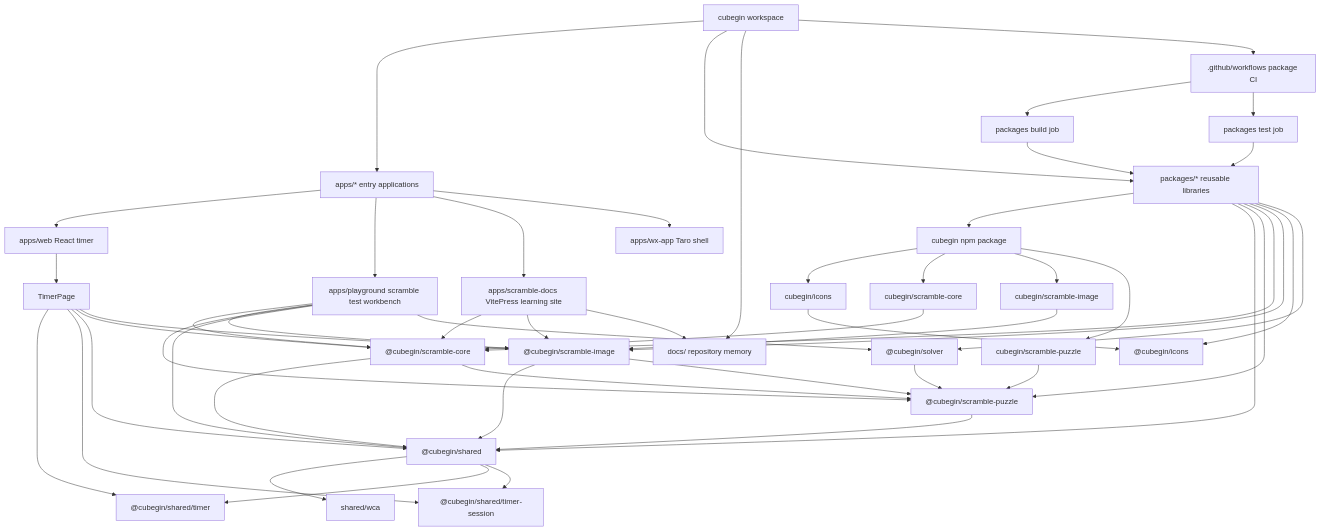
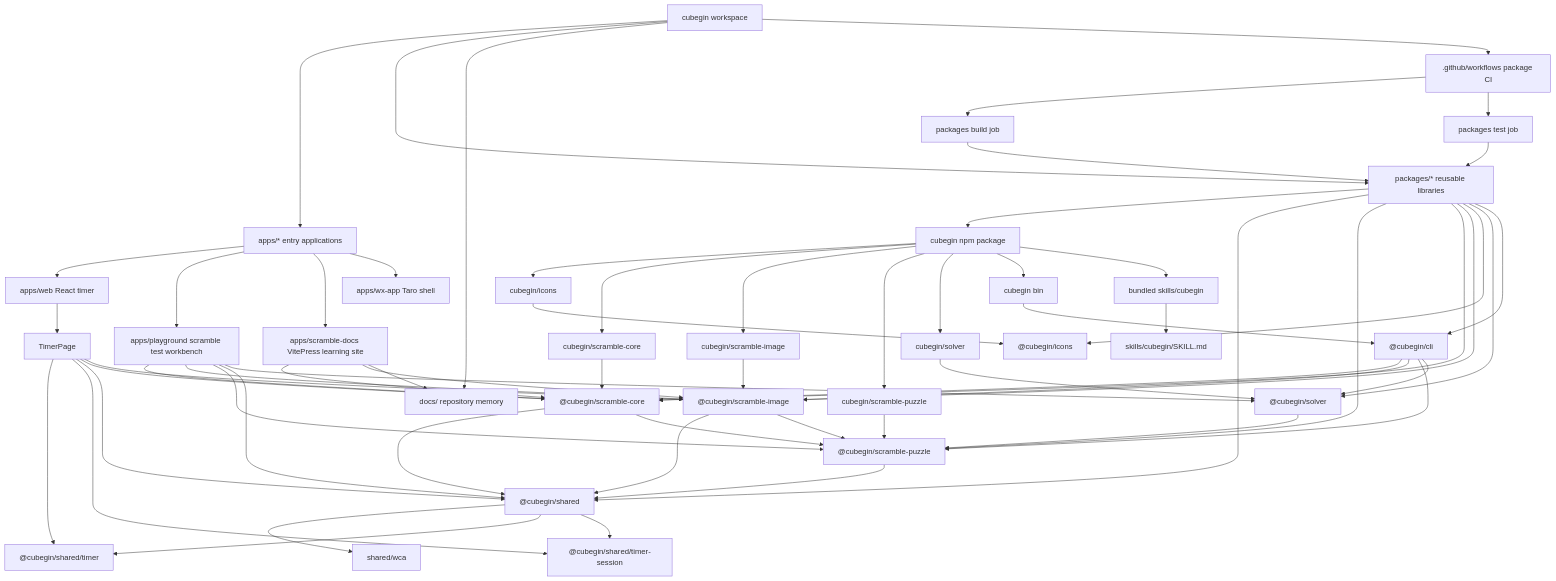
One commit to deweyou/cube-kit changed the diagram in docs/project-structure.md. Above: the diagram before and after it, drawn with Mermaid. The commit also changed other lines of this file and 28 other files, not shown here.

Commit message:
feat(cli): add cubegin agent-friendly cli

````diff
--- a/docs/project-structure.md
+++ b/docs/project-structure.md
@@ -3,53 +3,64 @@
 ```mermaid
 flowchart TD
     Root["cubegin workspace"] --> Apps["apps/* entry applications"]
     Root --> Packages["packages/* reusable libraries"]
     Root --> Docs["docs/ repository memory"]
     Root --> Ci[".github/workflows package CI"]
     Apps --> Web["apps/web React timer"]
     Apps --> Playground["apps/playground scramble test workbench"]
     Apps --> ScrambleDocs["apps/scramble-docs VitePress learning site"]
     Apps --> Wx["apps/wx-app Taro shell"]
     Web --> TimerPage["TimerPage"]
     TimerPage --> SharedTimer["@cubegin/shared/timer"]
     TimerPage --> SharedTimerSession["@cubegin/shared/timer-session"]
     Packages --> PublicCore["cubegin npm package"]
     Packages --> SharedPkg["@cubegin/shared"]
     Packages --> PuzzlePkg["@cubegin/scramble-puzzle"]
     Packages --> CorePkg["@cubegin/scramble-core"]
     Packages --> ImagePkg["@cubegin/scramble-image"]
     Packages --> IconsPkg["@cubegin/icons"]
     Packages --> SolverPkg["@cubegin/solver"]
+    Packages --> CliPkg["@cubegin/cli"]
     PublicCore --> IconPath["cubegin/icons"]
     PublicCore --> CorePath["cubegin/scramble-core"]
     PublicCore --> ImagePath["cubegin/scramble-image"]
     PublicCore --> PuzzlePath["cubegin/scramble-puzzle"]
+    PublicCore --> SolverPath["cubegin/solver"]
+    PublicCore --> Bin["cubegin bin"]
+    PublicCore --> Skills["bundled skills/cubegin"]
     CorePath --> CorePkg
     ImagePath --> ImagePkg
     PuzzlePath --> PuzzlePkg
     IconPath --> IconsPkg
+    SolverPath --> SolverPkg
+    Bin --> CliPkg
+    Skills --> CliSkill["skills/cubegin/SKILL.md"]
     SharedPkg --> SharedWca["shared/wca"]
     SharedPkg --> SharedTimer
     SharedPkg --> SharedTimerSession
     CorePkg --> SharedPkg
     CorePkg --> PuzzlePkg
     ImagePkg --> SharedPkg
     ImagePkg --> PuzzlePkg
     SolverPkg --> PuzzlePkg
     PuzzlePkg --> SharedPkg
+    CliPkg --> CorePkg
+    CliPkg --> ImagePkg
+    CliPkg --> PuzzlePkg
+    CliPkg --> SolverPkg
     TimerPage --> SharedPkg
     TimerPage --> CorePkg
     TimerPage --> ImagePkg
     Playground --> CorePkg
     Playground --> ImagePkg
     Playground --> PuzzlePkg
     Playground --> SharedPkg
     Playground --> SolverPkg
     ScrambleDocs --> CorePkg
     ScrambleDocs --> ImagePkg
     ScrambleDocs --> Docs
     Ci --> PackageBuild["packages build job"]
     Ci --> PackageTest["packages test job"]
     PackageBuild --> Packages
     PackageTest --> Packages
 ```
````
